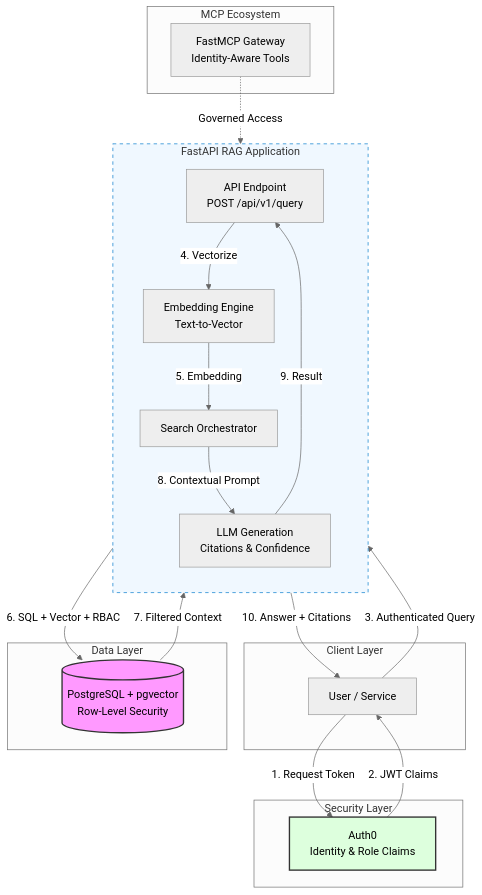
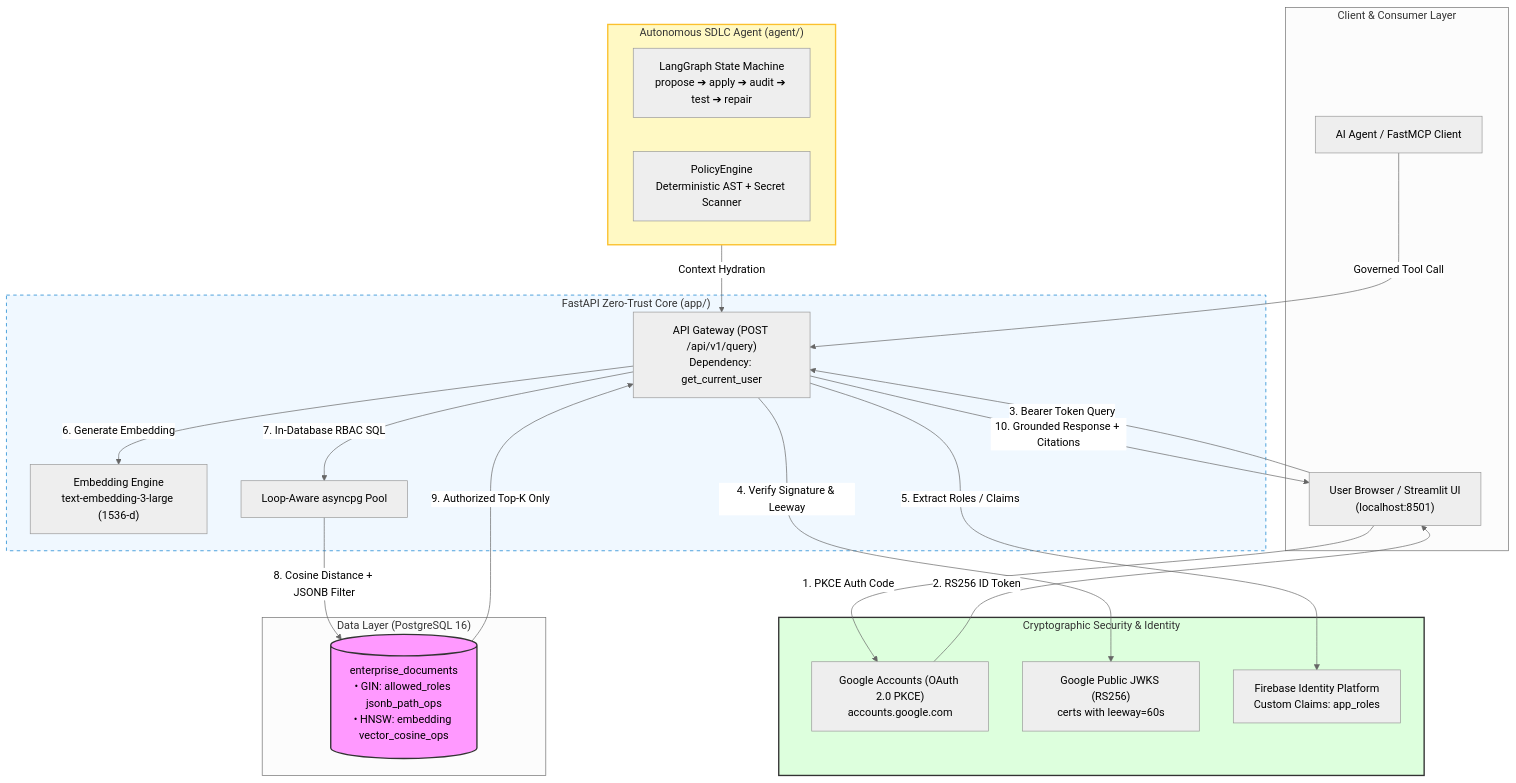
The first of 4 diagrams in README.md (Kenono2000/enterprise-rag-pgvector-rbac), drawn with Mermaid (neutral theme) before and after one commit. The commit also changed other lines of this file and 1 other file, not shown here.

Commit message:
Add comprehensive README documentation for Enterprise Zero-Trust RAG Microservice and Autonomous SDLC

````diff
--- a/README.md
+++ b/README.md
@@ -35,43 +57,47 @@
 ```mermaid
 flowchart TB
-    subgraph Client ["Client Layer"]
-        user[User / Service]
+    subgraph Client ["Client & Consumer Layer"]
+        browser["User Browser / Streamlit UI<br/>(localhost:8501)"]
+        mcp_client["AI Agent / FastMCP Client"]
     end
 
-    subgraph Auth ["Security Layer"]
-        auth0[Auth0\nIdentity & Role Claims]
+    subgraph Identity ["Cryptographic Security & Identity"]
+        google["Google Accounts (OAuth 2.0 PKCE)<br/>accounts.google.com"]
+        jwks["Google Public JWKS (RS256)<br/>certs with leeway=60s"]
+        firebase["Firebase Identity Platform<br/>Custom Claims: app_roles"]
     end
 
-    subgraph App ["FastAPI RAG Application"]
-        direction TB
-        api[API Endpoint\nPOST /api/v1/query]
-        embed[Embedding Engine\nText-to-Vector]
-        orchestrator[Search Orchestrator]
-        llm[LLM Generation\nCitations & Confidence]
+    subgraph Microservice ["FastAPI Zero-Trust Core (app/)"]
+        api["API Gateway (POST /api/v1/query)<br/>Dependency: get_current_user"]
+        embed["Embedding Engine<br/>text-embedding-3-large (1536-d)"]
+        pool["Loop-Aware asyncpg Pool"]
     end
 
-    subgraph Data ["Data Layer"]
-        db[(PostgreSQL + pgvector\nRow-Level Security)]
+    subgraph Data ["Data Layer (PostgreSQL 16)"]
+        db[("enterprise_documents<br/>• GIN: allowed_roles jsonb_path_ops<br/>• HNSW: embedding vector_cosine_ops")]
     end
 
-    subgraph Tools ["MCP Ecosystem"]
-        mcp[FastMCP Gateway\nIdentity-Aware Tools]
+    subgraph SDLC ["Autonomous SDLC Agent (agent/)"]
+        langgraph["LangGraph State Machine<br/>propose ➔ apply ➔ audit ➔ test ➔ repair"]
+        guardrails["PolicyEngine<br/>Deterministic AST + Secret Scanner"]
     end
 
-    user -->|1. Request Token| auth0
-    auth0 -->|2. JWT Claims| user
-    user -->|3. Authenticated Query| api
-    api -->|4. Vectorize| embed
-    embed -->|5. Embedding| orchestrator
-    orchestrator -->|6. SQL + Vector + RBAC| db
-    db -->|7. Filtered Context| orchestrator
-    orchestrator -->|8. Contextual Prompt| llm
-    llm -->|9. Result| api
-    api -->|10. Answer + Citations| user
+    browser -->|1. PKCE Auth Code| google
+    google -->|2. RS256 ID Token| browser
+    browser -->|3. Bearer Token Query| api
+    api -->|4. Verify Signature & Leeway| jwks
+    api -->|5. Extract Roles / Claims| firebase
+    api -->|6. Generate Embedding| embed
+    api -->|7. In-Database RBAC SQL| pool
+    pool -->|8. Cosine Distance + JSONB Filter| db
+    db -->|9. Authorized Top-K Only| api
+    api -->|10. Grounded Response + Citations| browser
 
-    mcp -.->|Governed Access| orchestrator
+    mcp_client -->|Governed Tool Call| api
+    SDLC -->|Context Hydration| api
 
     style db fill:#f9f,stroke:#333,stroke-width:2px
-    style auth0 fill:#dfd,stroke:#333,stroke-width:2px
-    style App fill:#f0f8ff,stroke:#007acc,stroke-dasharray: 5 5
+    style Identity fill:#dfd,stroke:#333,stroke-width:2px
+    style Microservice fill:#f0f8ff,stroke:#007acc,stroke-dasharray: 5 5
+    style SDLC fill:#fff9c4,stroke:#fbc02d,stroke-width:2px
 ```
````
